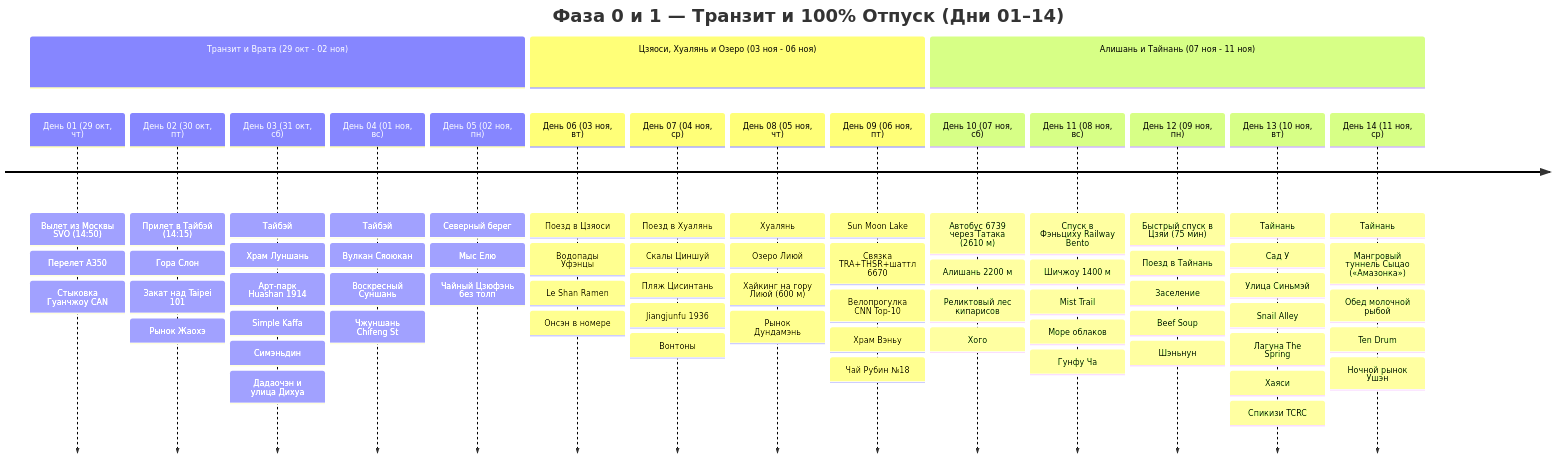
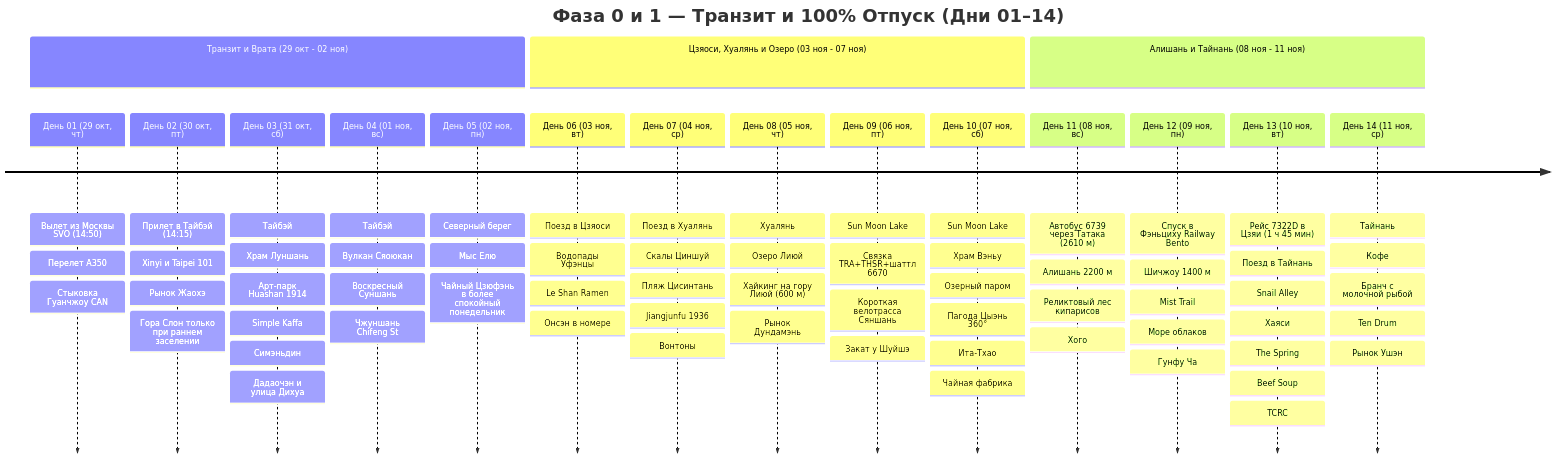
The first of 2 diagrams in Personal Note/Travel/-- Taiwan/Taiwan.md (injurka/obsidian-mark), drawn with Mermaid before and after one commit. The commit also changed other lines of this file and 115 other files, not shown here.

````diff
--- a/Personal Note/Travel/-- Taiwan/Taiwan.md
+++ b/Personal Note/Travel/-- Taiwan/Taiwan.md
@@ -26,21 +52,21 @@
 ```mermaid
 timeline
     title Фаза 0 и 1 — Транзит и 100% Отпуск (Дни 01–14)
     section Транзит и Врата (29 окт - 02 ноя)
         День 01 (29 окт, чт) : Вылет из Москвы SVO (14:50) : Перелет A350 : Стыковка Гуанчжоу CAN
-        День 02 (30 окт, пт) : Прилет в Тайбэй (14:15) : Гора Слон : Закат над Taipei 101 : Рынок Жаохэ
+        День 02 (30 окт, пт) : Прилет в Тайбэй (14:15) : Xinyi и Taipei 101 : Рынок Жаохэ : Гора Слон только при раннем заселении
         День 03 (31 окт, сб) : Тайбэй : Храм Луншань : Арт-парк Huashan 1914 : Simple Kaffa : Симэньдин : Дадаочэн и улица Дихуа
         День 04 (01 ноя, вс) : Тайбэй : Вулкан Сяоюкан : Воскресный Суншань : Чжуншань Chifeng St
-        День 05 (02 ноя, пн) : Северный берег : Мыс Елю : Чайный Цзюфэнь без толп
-    section Цзяоси, Хуалянь и Озеро (03 ноя - 06 ноя)
+        День 05 (02 ноя, пн) : Северный берег : Мыс Елю : Чайный Цзюфэнь в более спокойный понедельник
+    section Цзяоси, Хуалянь и Озеро (03 ноя - 07 ноя)
         День 06 (03 ноя, вт) : Поезд в Цзяоси : Водопады Уфэнцы : Le Shan Ramen : Онсэн в номере
         День 07 (04 ноя, ср) : Поезд в Хуалянь : Скалы Циншуй : Пляж Цисинтань : Jiangjunfu 1936 : Вонтоны
         День 08 (05 ноя, чт) : Хуалянь : Озеро Лиюй : Хайкинг на гору Лиюй (600 м) : Рынок Дундамэнь
-        День 09 (06 ноя, пт) : Sun Moon Lake : Связка TRA+THSR+шаттл 6670 : Велопрогулка CNN Top-10 : Храм Вэньу : Чай Рубин №18
-    section Алишань и Тайнань (07 ноя - 11 ноя)
-        День 10 (07 ноя, сб) : Автобус 6739 через Татака (2610 м) : Алишань 2200 м : Реликтовый лес кипарисов : Хого
-        День 11 (08 ноя, вс) : Спуск в Фэньциху Railway Bento : Шичжоу 1400 м : Mist Trail : Море облаков : Гунфу Ча
-        День 12 (09 ноя, пн) : Быстрый спуск в Цзяи (75 мин) : Поезд в Тайнань : Заселение : Beef Soup : Шэньнун
-        День 13 (10 ноя, вт) : Тайнань : Сад У : Улица Синьмэй : Snail Alley : Лагуна The Spring : Хаяси : Спикизи TCRC
-        День 14 (11 ноя, ср) : Тайнань : Мангровый туннель Сыцао («Амазонка») : Обед молочной рыбой : Ten Drum : Ночной рынок Ушэн
+        День 09 (06 ноя, пт) : Sun Moon Lake : Связка TRA+THSR+шаттл 6670 : Короткая велотрасса Сяншань : Закат у Шуйшэ
+        День 10 (07 ноя, сб) : Sun Moon Lake : Храм Вэньу : Озерный паром : Пагода Цыэнь 360° : Ита-Тхао : Чайная фабрика
+    section Алишань и Тайнань (08 ноя - 11 ноя)
+        День 11 (08 ноя, вс) : Автобус 6739 через Татака (2610 м) : Алишань 2200 м : Реликтовый лес кипарисов : Хого
+        День 12 (09 ноя, пн) : Спуск в Фэньциху Railway Bento : Шичжоу 1400 м : Mist Trail : Море облаков : Гунфу Ча
+        День 13 (10 ноя, вт) : Рейс 7322D в Цзяи (1 ч 45 мин) : Поезд в Тайнань : Snail Alley : Хаяси : The Spring : Beef Soup : TCRC
+        День 14 (11 ноя, ср) : Тайнань : Кофе : Бранч с молочной рыбой : Ten Drum : Рынок Ушэн
 ```
````
